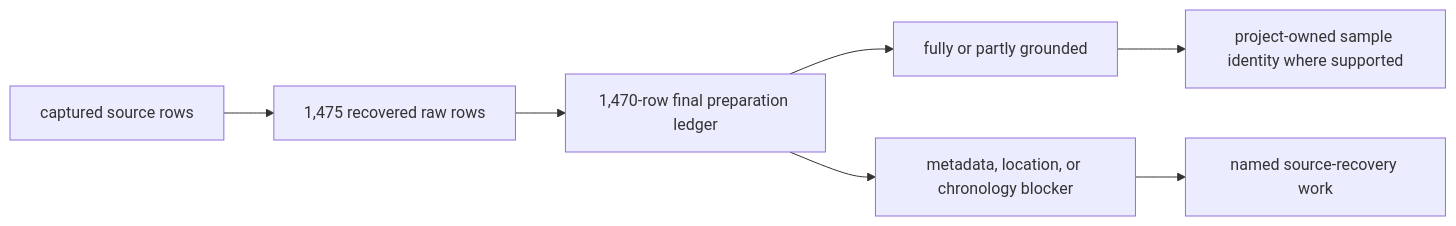
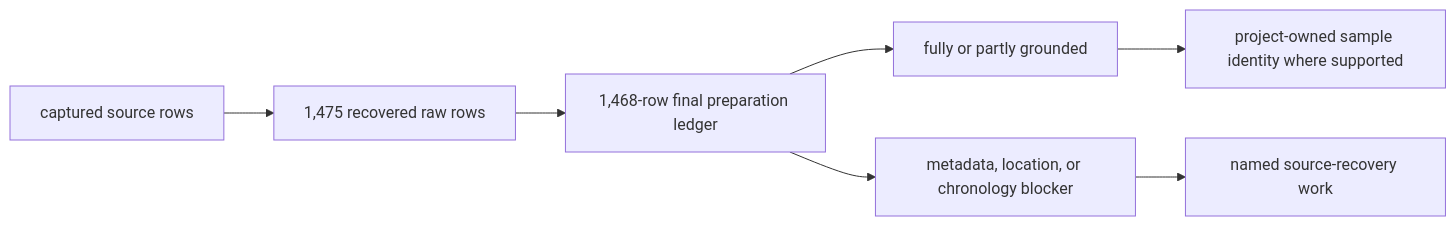
One commit to bijux/bijux-pollenomics changed the second of 7 diagrams in docs/public/pollenomics-data/sources/animal-source-intake.md. Above: the diagram before and after it, drawn with Mermaid. The commit also changed other lines of this file and 16 other files, not shown here.

Commit message:
docs(adna): reconcile final sample claims with governed foundation

````diff
--- a/docs/public/pollenomics-data/sources/animal-source-intake.md
+++ b/docs/public/pollenomics-data/sources/animal-source-intake.md
@@ -85,9 +85,9 @@
 ```mermaid
 flowchart LR
     SourceRows["captured source rows"] --> Raw["1,475 recovered raw rows"]
-    Raw --> Foundation["1,470-row final preparation ledger"]
+    Raw --> Foundation["1,468-row final preparation ledger"]
     Foundation --> Grounded["fully or partly grounded"]
     Foundation --> Blocked["metadata, location, or chronology blocker"]
     Grounded --> Identity["project-owned sample identity where supported"]
     Blocked --> Recovery["named source-recovery work"]
 ```
````
